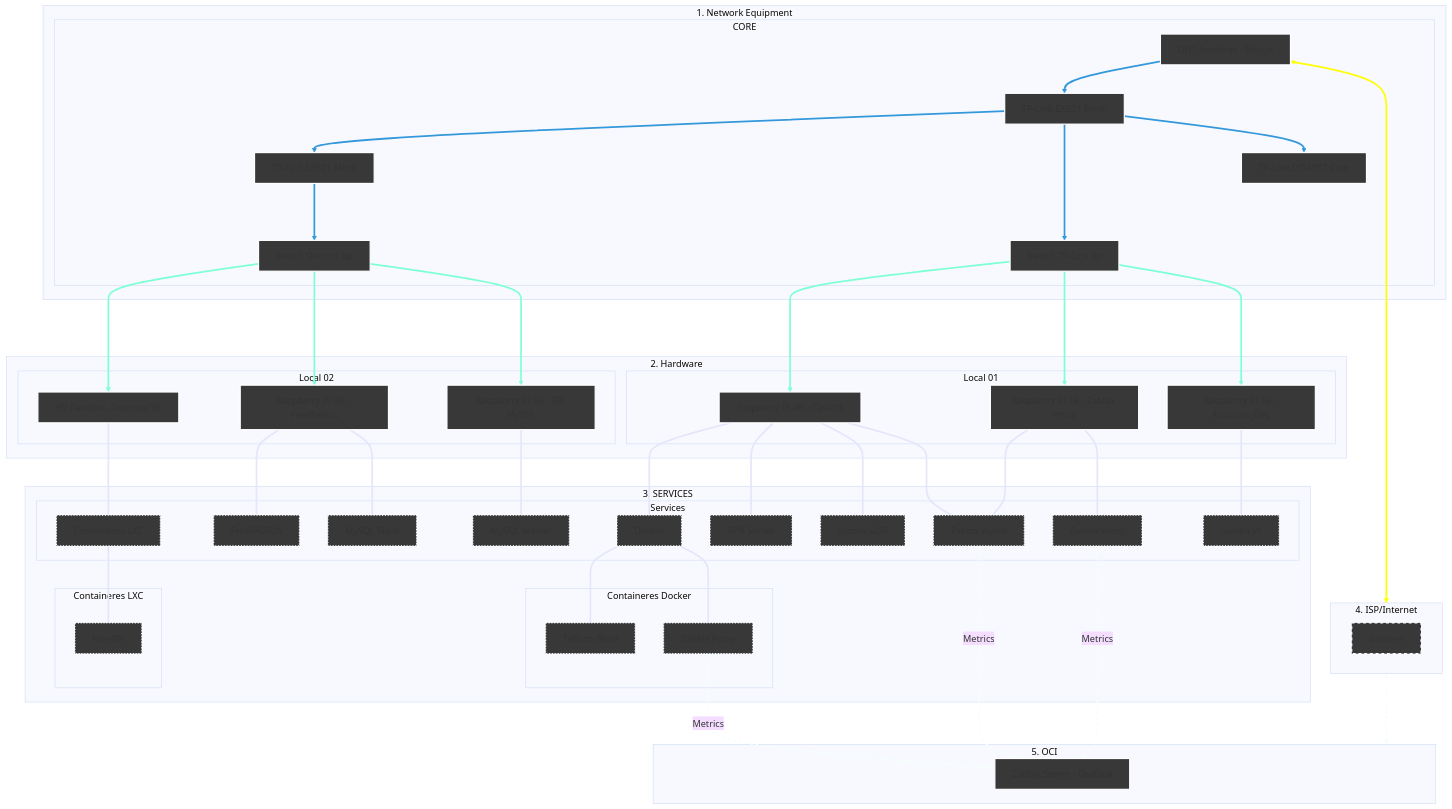
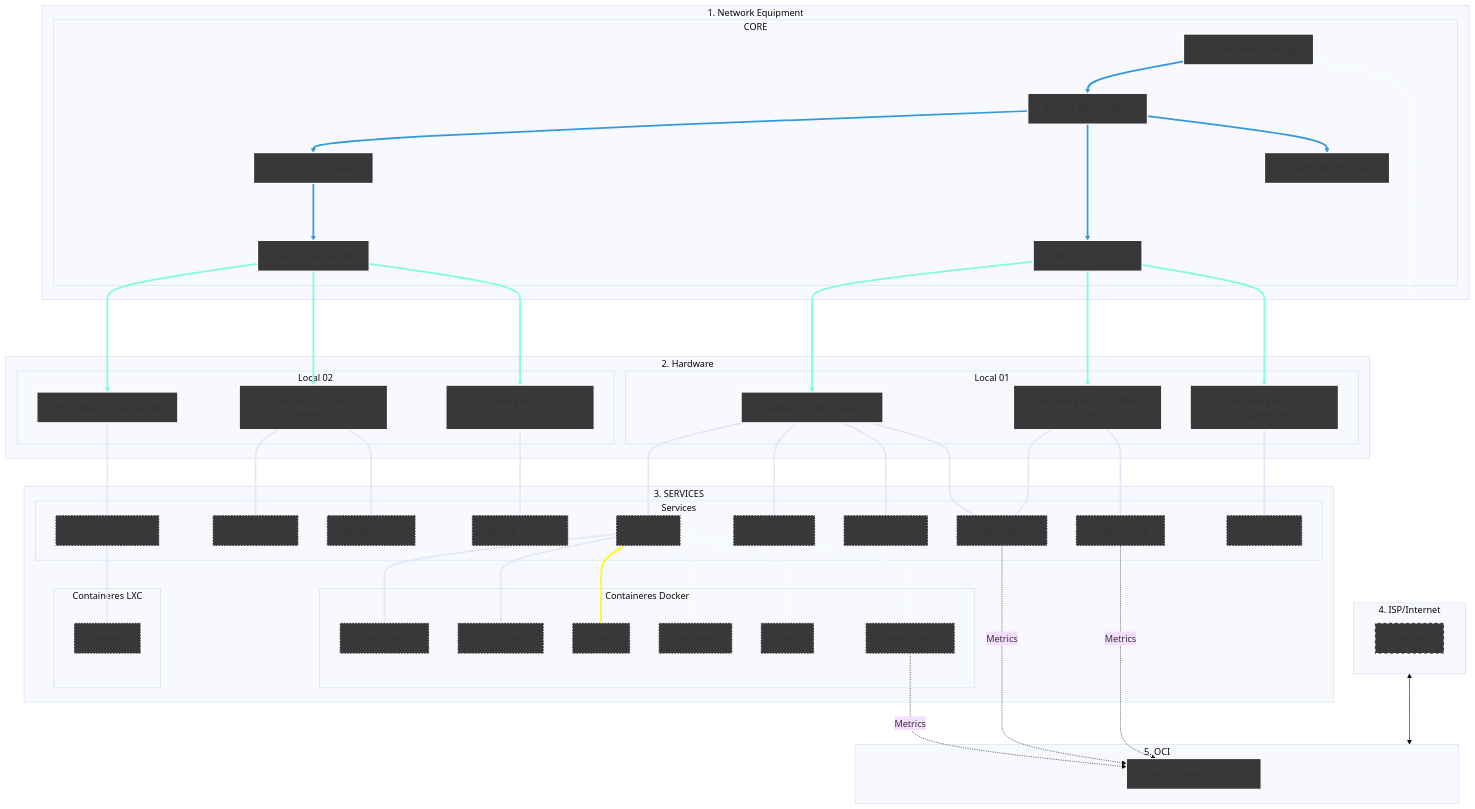
Before and after one commit to kevindexter22/Dr-Hardware-Autonet: the diagram in Infrastructure/README.md, drawn with Mermaid (base theme).

```diff
--- a/Infrastructure/README.md
+++ b/Infrastructure/README.md
@@ -63,7 +63,11 @@
         PVE --- FIPA[FreeIPA]:::services
     end
     subgraph S6 [Containeres Docker];
-        Docker --- Trillium[Trillium Note]:::services
+        Docker --- TRILLIUM[Trillium Note]:::services
+        Docker --- SIYUAN[SiYuan Note]:::services
+        Docker --- EMBY[Emby]:::services
+        Docker --- MSPEED[MySpeed]:::services
+        Docker --- N8N[N8N]:::services
         Docker --- ZP02[Zabbix Proxy]:::services
     end
     end
```
